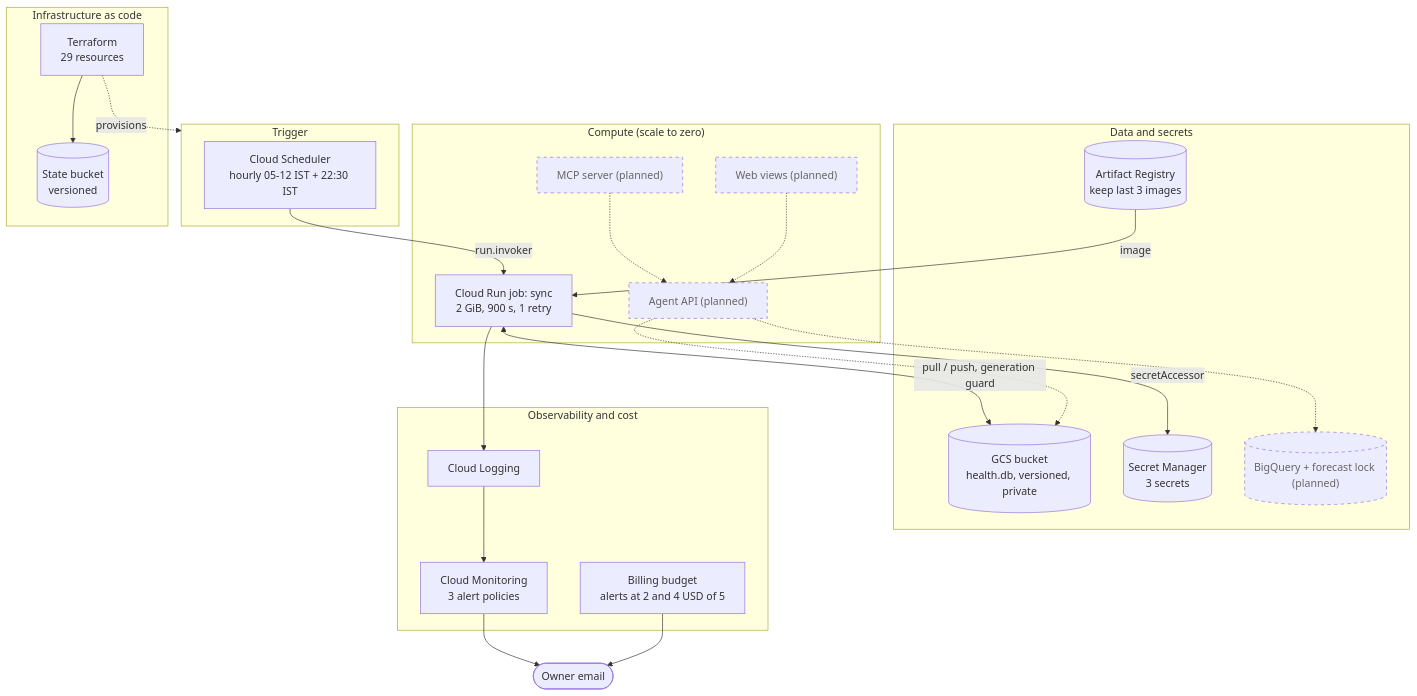
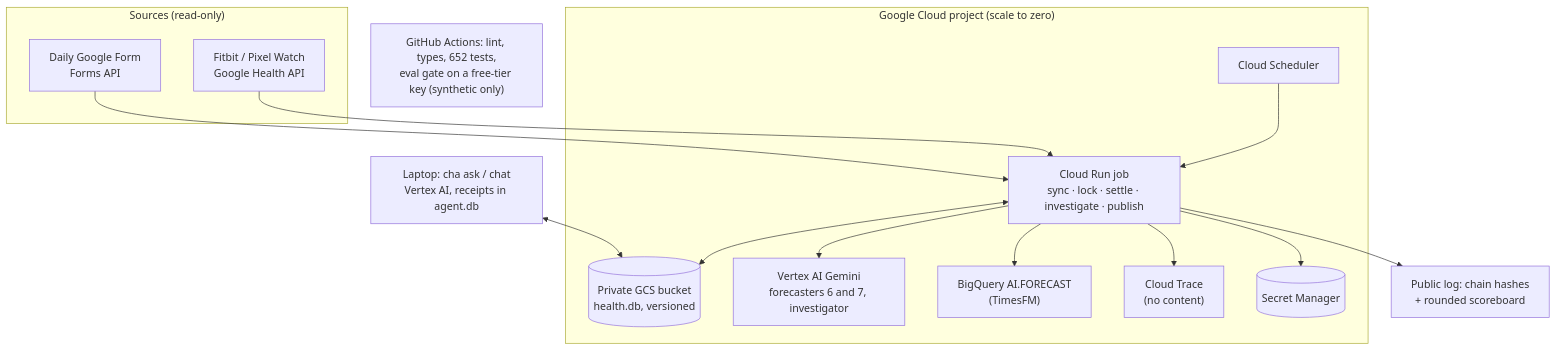
One commit to kb2326/calibrated-health-agent changed the second of 2 diagrams in README.md. Above: the diagram before and after it, drawn with Mermaid. The commit also changed other lines of this file and 8 other files, not shown here.

First line of the commit message:
docs: system card, ADRs, eval methodology, agent-first README with scorecard

````diff
--- a/README.md
+++ b/README.md
@@ -81,46 +137,20 @@
 ```mermaid
 flowchart TB
-  subgraph trigger["Trigger"]
-    sched["Cloud Scheduler<br/>hourly 05-12 IST + 22:30 IST"]
+  subgraph sources["Sources (read-only)"]
+    watch["Fitbit / Pixel Watch<br/>Google Health API"]
+    form["Daily Google Form<br/>Forms API"]
   end
-  subgraph compute["Compute (scale to zero)"]
-    job["Cloud Run job: sync<br/>2 GiB, 900 s, 1 retry"]
-    api["Agent API (planned)"]
-    mcp["MCP server (planned)"]
-    web["Web views (planned)"]
+  subgraph gcp["Google Cloud project (scale to zero)"]
+    sched["Cloud Scheduler"] --> job["Cloud Run job<br/>sync · lock · settle · investigate · publish"]
+    job <--> bucket[("Private GCS bucket<br/>health.db, versioned")]
+    job --> vertex["Vertex AI Gemini<br/>forecasters 6 and 7, investigator"]
+    job --> bq["BigQuery AI.FORECAST<br/>(TimesFM)"]
+    job --> trace["Cloud Trace<br/>(no content)"]
+    job --> sm[("Secret Manager")]
   end
-  subgraph data["Data and secrets"]
-    bucket[("GCS bucket<br/>health.db, versioned, private")]
-    sm[("Secret Manager<br/>3 secrets")]
-    ar[("Artifact Registry<br/>keep last 3 images")]
-    bq[("BigQuery + forecast lock (planned)")]
-  end
-  subgraph ops["Observability and cost"]
-    logs["Cloud Logging"]
-    mon["Cloud Monitoring<br/>3 alert policies"]
-    budget["Billing budget<br/>alerts at 2 and 4 USD of 5"]
-  end
-  subgraph iac["Infrastructure as code"]
-    tf["Terraform<br/>29 resources"]
-    tfstate[("State bucket<br/>versioned")]
-  end
-  mail(["Owner email"])
-
-  sched -->|"run.invoker"| job
-  ar -->|image| job
-  job <-->|"pull / push, generation guard"| bucket
-  job -->|secretAccessor| sm
-  job --> logs
-  logs --> mon
-  mon --> mail
-  budget --> mail
-  tf --> tfstate
-  tf -.->|provisions| trigger
-  api -.-> bucket
-  mcp -.-> api
-  web -.-> api
-  api -.-> bq
-
-  classDef planned stroke-dasharray: 5 5,color:#666
-  class api,mcp,web,bq planned
+  laptop["Laptop: cha ask / chat<br/>Vertex AI, receipts in agent.db"] <--> bucket
+  watch --> job
+  form --> job
+  job --> log["Public log: chain hashes<br/>+ rounded scoreboard"]
+  ci["GitHub Actions: lint, types, 652 tests,<br/>eval gate on a free-tier key (synthetic only)"]
 ```
````
